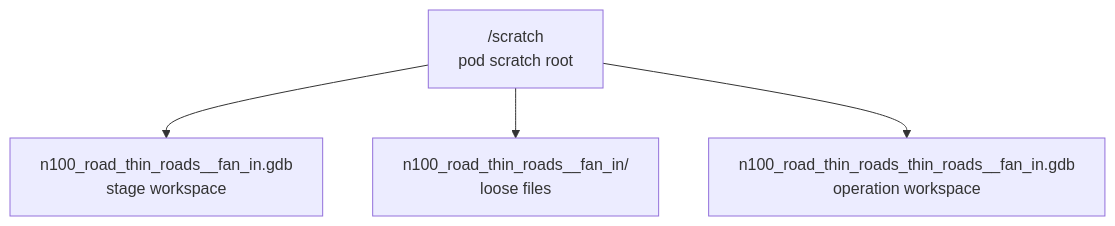
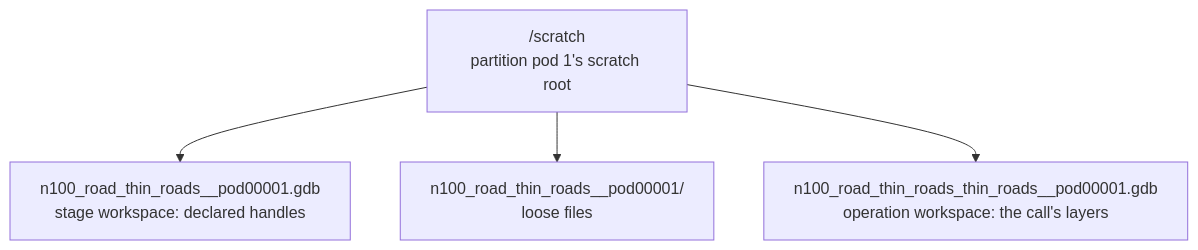
One commit to kartverket/automatisk-generalisering changed the second of 4 diagrams in docs/user_guide/scratch.md. Above: the diagram before and after it, drawn with Mermaid. The commit also changed other lines of this file and 2 other files, not shown here.

Commit message:
Scratch guide: example change

````diff
--- a/docs/user_guide/scratch.md
+++ b/docs/user_guide/scratch.md
@@ -45,6 +48,6 @@
 ```mermaid
 flowchart TB
-    root["/scratch<br/>pod scratch root"] --> stage["n100_road_thin_roads__fan_in.gdb<br/>stage workspace"]
-    root --> loose["n100_road_thin_roads__fan_in/<br/>loose files"]
-    root --> op["n100_road_thin_roads_thin_roads__fan_in.gdb<br/>operation workspace"]
+    root["/scratch<br/>partition pod 1's scratch root"] --> stage["n100_road_thin_roads__pod00001.gdb<br/>stage workspace: declared handles"]
+    root --> loose["n100_road_thin_roads__pod00001/<br/>loose files"]
+    root --> op["n100_road_thin_roads_thin_roads__pod00001.gdb<br/>operation workspace: the call's layers"]
 ```
````
